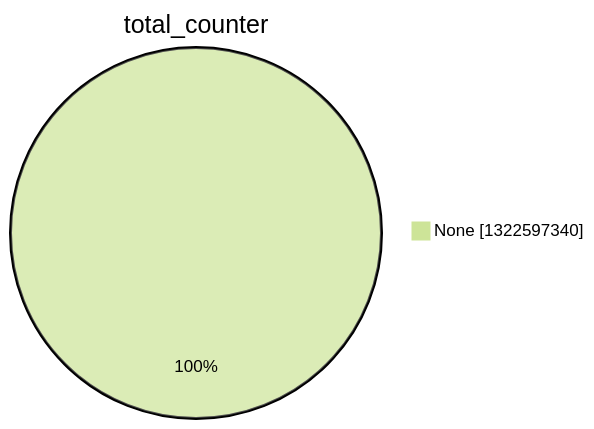
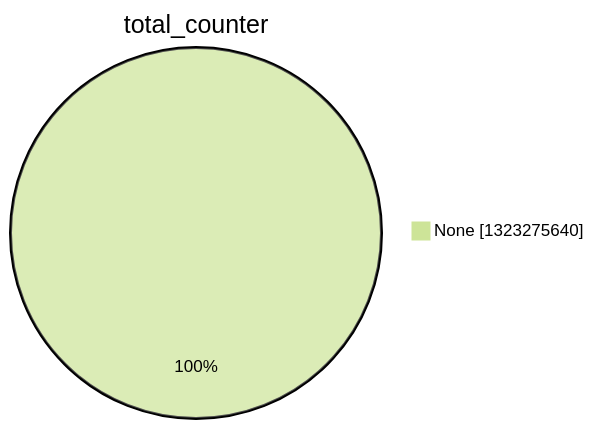
The second of 15 diagrams in argon2022/README.md (christiankrug/ctmonitor_visualization), drawn with Mermaid (forest theme) before and after one commit. The commit also changed other lines of this file, not shown here.

````diff
--- a/argon2022/README.md
+++ b/argon2022/README.md
@@ -9,5 +9,5 @@
 ```mermaid
 pie showData
 title total_counter
-"None" :1322597340
+"None" :1323275640
 ```
````
